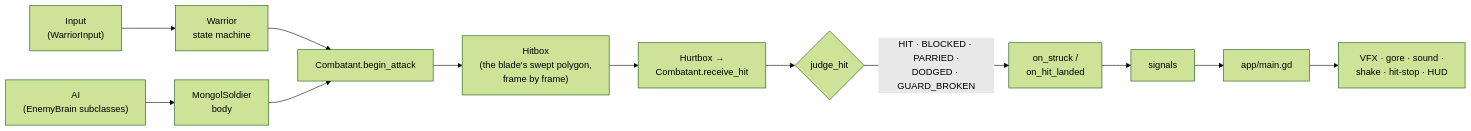
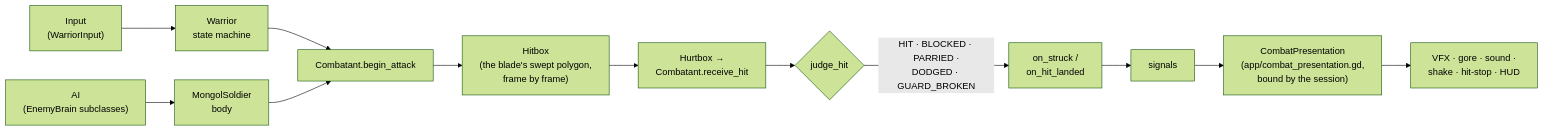
Before and after one commit to shehab20089/the-last-abbasid-v2: the diagram in README.md, drawn with Mermaid (forest theme). The commit also changed other lines of this file and 6 other files, not shown here.

First line of the commit message:
The combat presentation out of the session

````diff
--- a/README.md
+++ b/README.md
@@ -376,14 +377,14 @@
 ```mermaid
 flowchart LR
     A["Input<br/>(WarriorInput)"] --> W["Warrior<br/>state machine"]
     B["AI<br/>(EnemyBrain subclasses)"] --> S["MongolSoldier<br/>body"]
     W --> C["Combatant.begin_attack"]
     S --> C
     C --> H["Hitbox<br/>(the blade's swept polygon,<br/>frame by frame)"]
     H --> R["Hurtbox →<br/>Combatant.receive_hit"]
     R --> J{"judge_hit"}
     J -->|"HIT · BLOCKED · PARRIED ·<br/>DODGED · GUARD_BROKEN"| O["on_struck /<br/>on_hit_landed"]
     O --> G["signals"]
-    G --> M["app/main.gd"]
+    G --> M["CombatPresentation<br/>(app/combat_presentation.gd,<br/>bound by the session)"]
     M --> P["VFX · gore · sound ·<br/>shake · hit-stop · HUD"]
 ```
````
